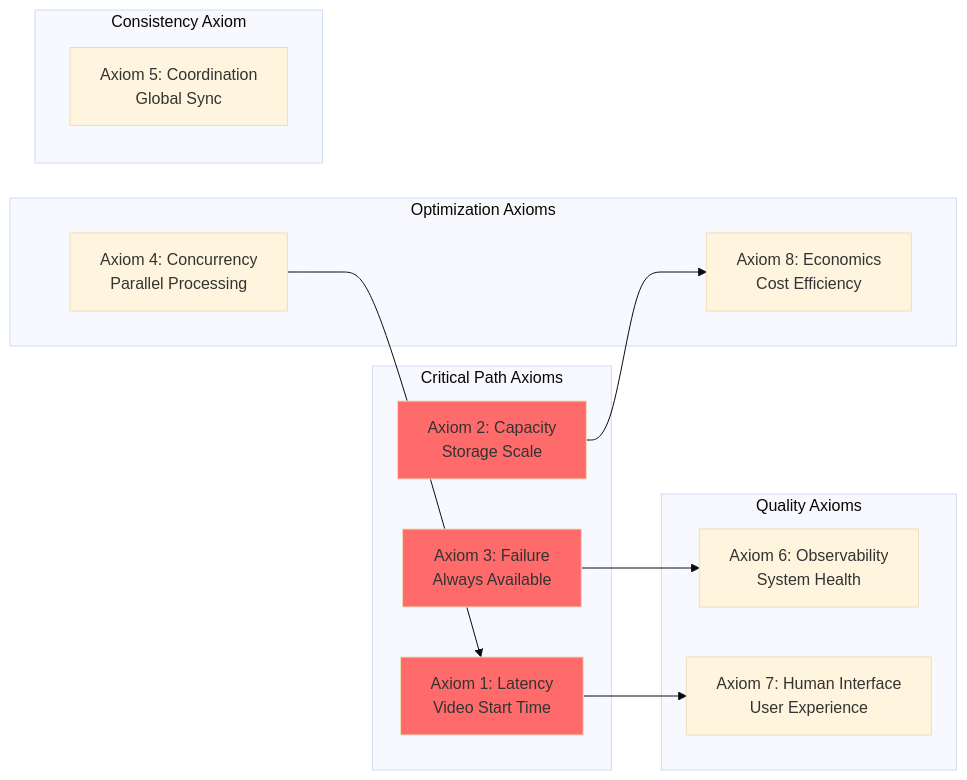
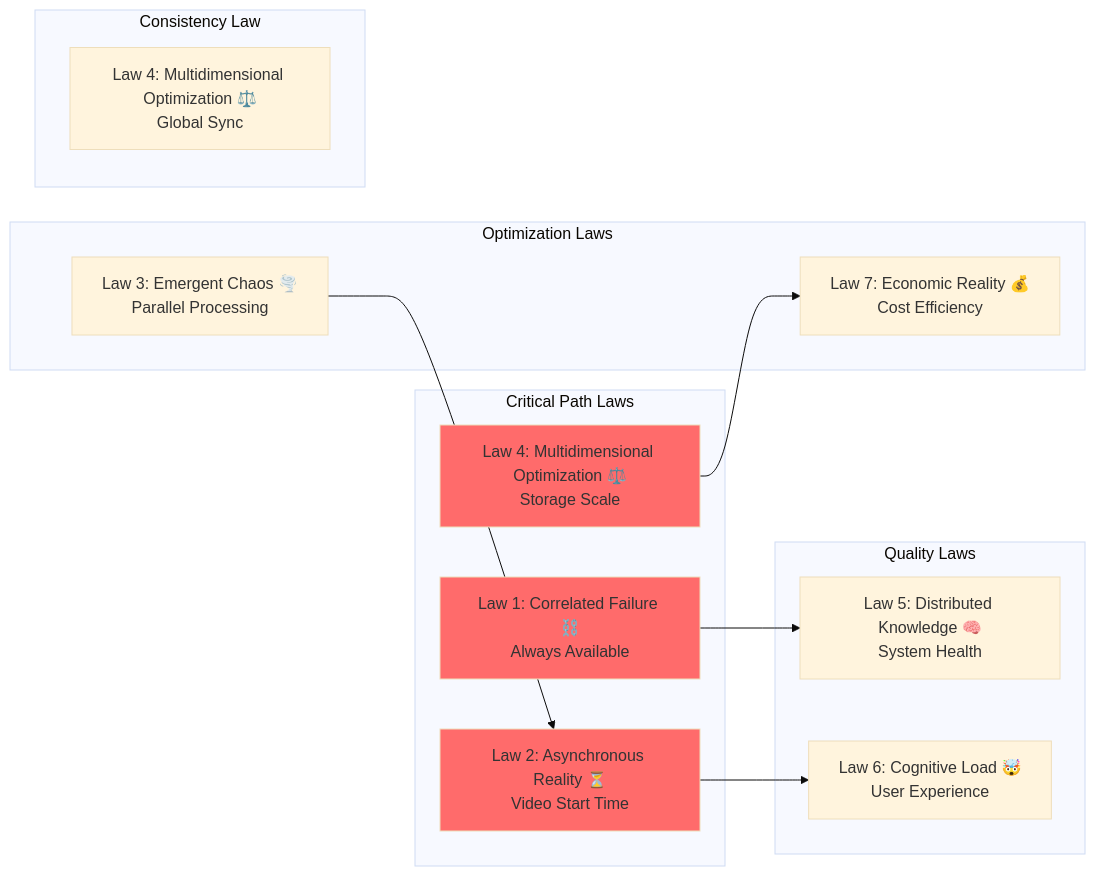
Diagram 20 of 27 in docs/case-studies/youtube.md (deepaucksharma/DStudio), drawn with Mermaid (base theme) before and after one commit. The commit also changed other lines of this file and 103 other files, not shown here.

````diff
--- a/docs/case-studies/youtube.md
+++ b/docs/case-studies/youtube.md
@@ -974,31 +974,31 @@
 ```mermaid
 graph LR
-    subgraph "Critical Path Axioms"
-        A1[Axiom 1: Latency<br/>Video Start Time]
-        A2[Axiom 2: Capacity<br/>Storage Scale]
-        A3[Axiom 3: Failure<br/>Always Available]
+    subgraph "Critical Path Laws"
+        A1[Law 2: Asynchronous Reality ⏳<br/>Video Start Time]
+        A2[Law 4: Multidimensional Optimization ⚖️<br/>Storage Scale]
+        A3[Law 1: Correlated Failure ⛓️<br/>Always Available]
     end
     
-    subgraph "Optimization Axioms"
-        A4[Axiom 4: Concurrency<br/>Parallel Processing]
-        A8[Axiom 8: Economics<br/>Cost Efficiency]
+    subgraph "Optimization Laws"
+        A4[Law 3: Emergent Chaos 🌪️<br/>Parallel Processing]
+        A8[Law 7: Economic Reality 💰<br/>Cost Efficiency]
     end
     
-    subgraph "Quality Axioms"
-        A6[Axiom 6: Observability<br/>System Health]
-        A7[Axiom 7: Human Interface<br/>User Experience]
+    subgraph "Quality Laws"
+        A6[Law 5: Distributed Knowledge 🧠<br/>System Health]
+        A7[Law 6: Cognitive Load 🤯<br/>User Experience]
     end
     
-    subgraph "Consistency Axiom"
-        A5[Axiom 5: Coordination<br/>Global Sync]
+    subgraph "Consistency Law"
+        A5[Law 4: Multidimensional Optimization ⚖️<br/>Global Sync]
     end
     
     A1 --> A7
     A2 --> A8
     A3 --> A6
     A4 --> A1
     
     style A1 fill:#ff6b6b
     style A2 fill:#ff6b6b
     style A3 fill:#ff6b6b
 ```
````
